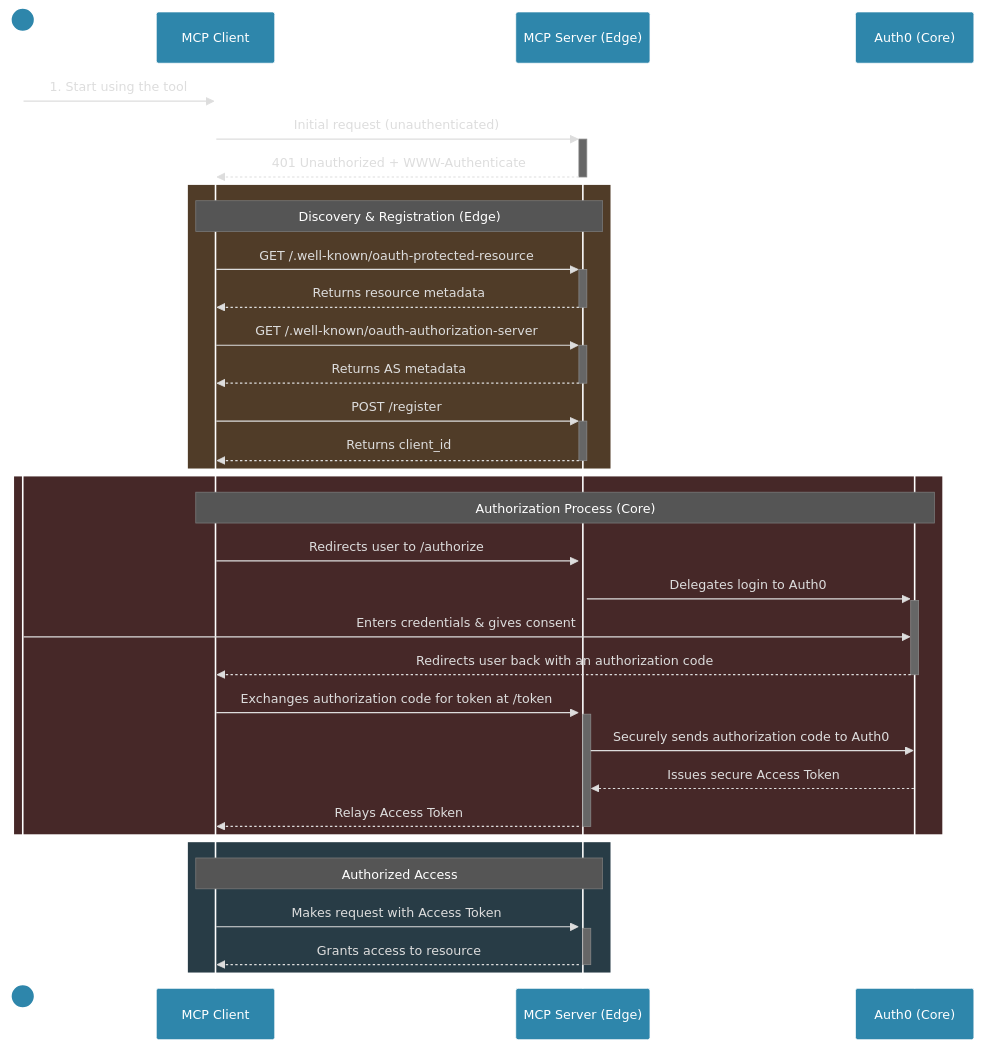
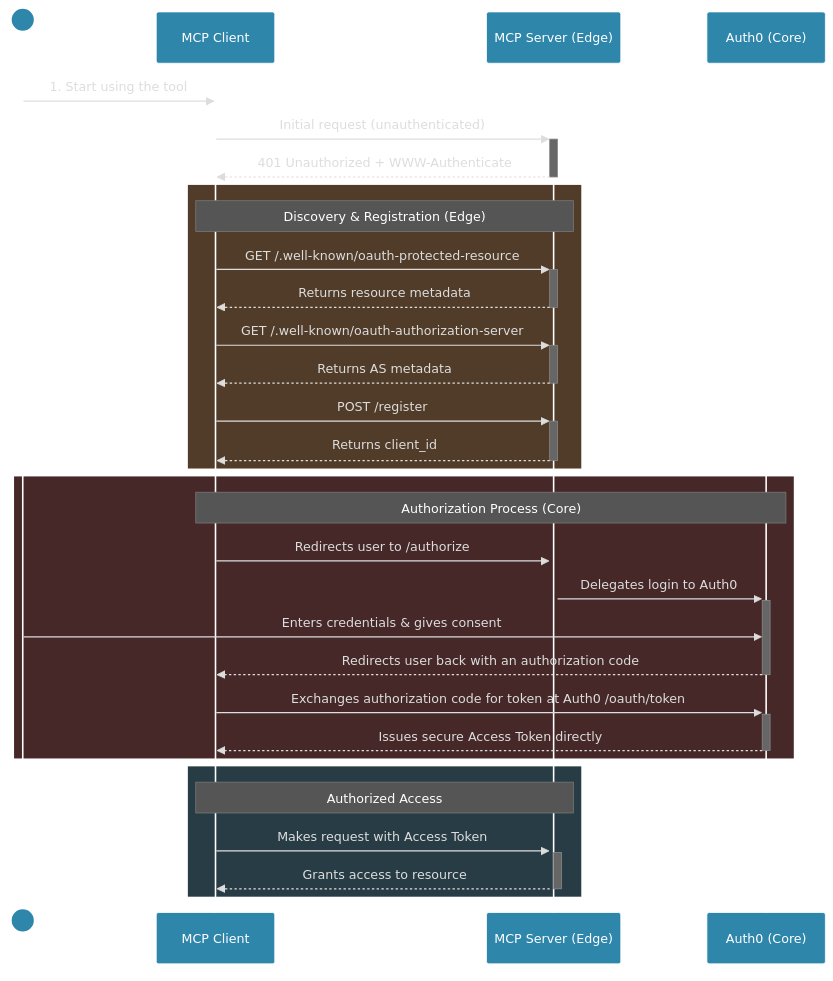
One commit to mxcoppell/mcp-server-oauth changed the second of 2 diagrams in AUTH.md. Above: the diagram before and after it, drawn with Mermaid. The commit also changed other lines of this file and 4 other files, not shown here.

First line of the commit message:
refactor: remove local /token endpoint, enable direct Auth0 token exchange

````diff
--- a/AUTH.md
+++ b/AUTH.md
@@ -67,40 +65,38 @@
 ```mermaid
 %%{init: {'theme':'base', 'themeVariables': { 'actorBkg': '#2E86AB', 'actorTextColor': '#fff', 'actorBorder': '#fff', 'c0': '#8B4513', 'c1': '#556B2F', 'c2': '#4682B4', 'c3': '#8B0000', 'actor0': '#2E86AB', 'actor1': '#8B4513', 'actor2': '#556B2F', 'actor3': '#8B0000', 'signalColor': '#ddd', 'signalTextColor': '#ddd', 'labelBoxBkgColor': '#444', 'labelTextColor': '#fff', 'loopTextColor': '#fff', 'noteTextColor': '#fff', 'noteBkgColor': '#555', 'noteBorderColor': '#777', 'activationBkgColor': '#666', 'activationBorderColor': '#888', 'sequenceNumberColor': '#fff' }}}%%
 sequenceDiagram
     actor User
     participant Client as MCP Client
     participant Server as MCP Server (Edge)
     participant Auth0 as Auth0 (Core)
 
     User->>Client: 1. Start using the tool
     Client->>+Server: Initial request (unauthenticated)
     Server-->>-Client: 401 Unauthorized + WWW-Authenticate
 
     rect rgb(80, 60, 40)
         note over Client,Server: Discovery & Registration (Edge)
         Client->>+Server: GET /.well-known/oauth-protected-resource
         Server-->>-Client: Returns resource metadata
         Client->>+Server: GET /.well-known/oauth-authorization-server
         Server-->>-Client: Returns AS metadata
         Client->>+Server: POST /register
         Server-->>-Client: Returns client_id
     end
 
     rect rgb(70, 40, 40)
         note over Client,Auth0: Authorization Process (Core)
         Client->>+Server: Redirects user to /authorize
         Server->>+Auth0: Delegates login to Auth0
         User->>Auth0: Enters credentials & gives consent
         Auth0-->>-Client: Redirects user back with an authorization code
-        Client->>+Server: Exchanges authorization code for token at /token
-        Server->>Auth0: Securely sends authorization code to Auth0
-        Auth0-->>Server: Issues secure Access Token
-        Server-->>-Client: Relays Access Token
+        Client->>+Auth0: Exchanges authorization code for token at Auth0 /oauth/token  
+        Auth0-->>-Client: Issues secure Access Token directly
     end
 
     rect rgb(40, 60, 70)
         note over Client,Server: Authorized Access
         Client->>+Server: Makes request with Access Token
         Server-->>-Client: Grants access to resource
     end
 ```
````
